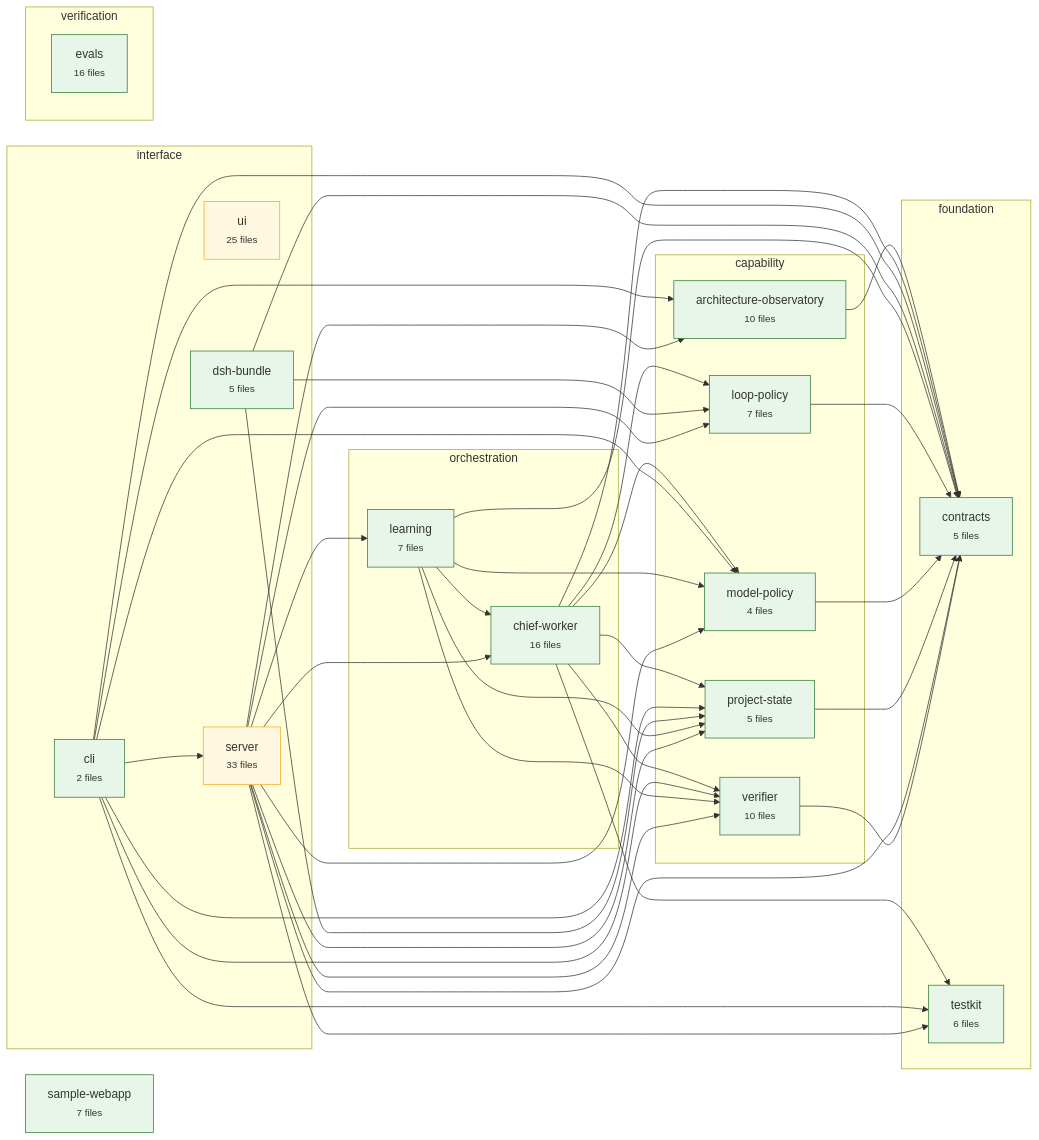
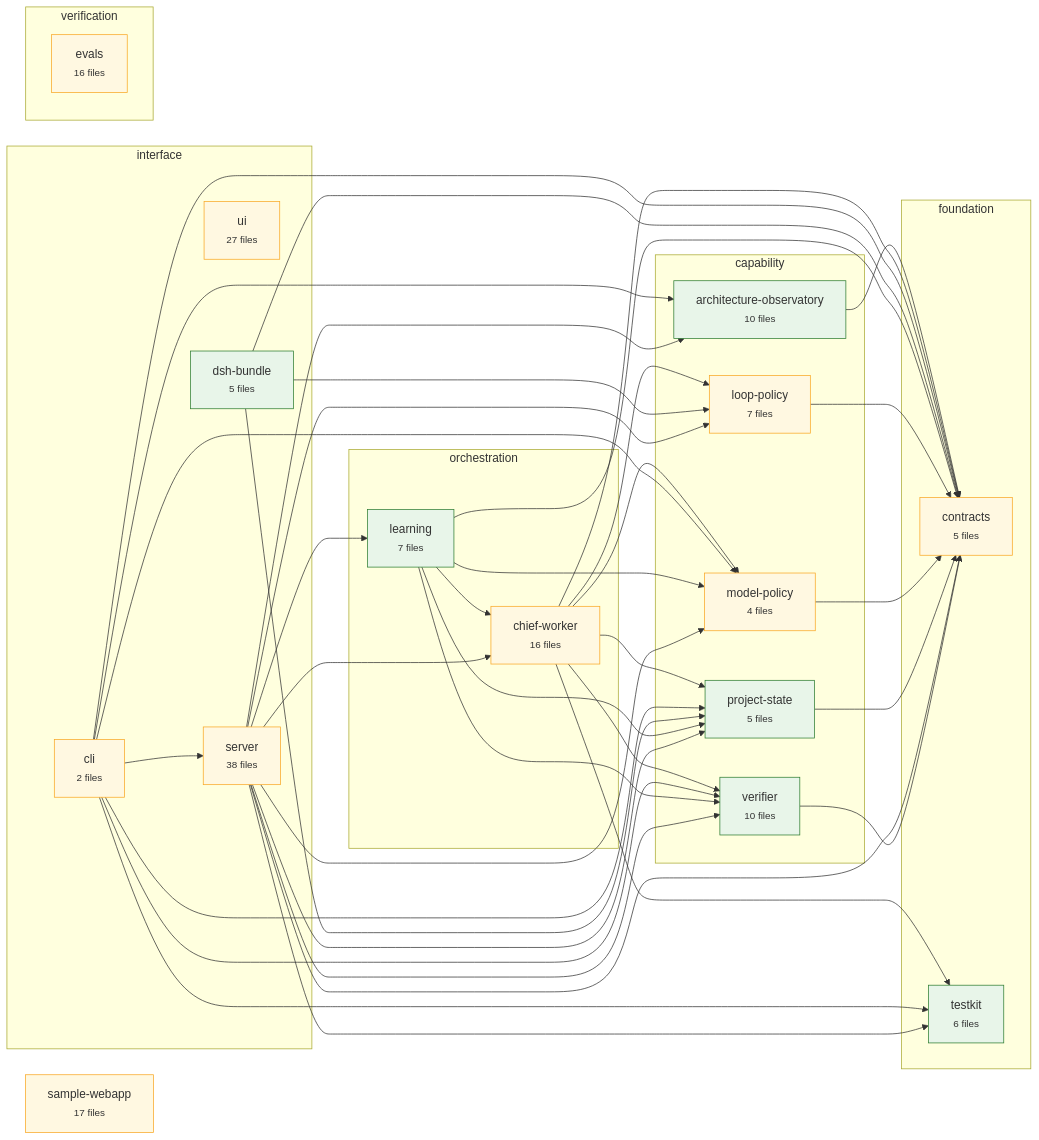
One commit to CharAzinabulu0079/dgx-super-agent changed the diagram in .architecture/graph.mmd. Above: the diagram before and after it, drawn with Mermaid. The commit also changed 45 other files, not shown here.

```diff
--- a/.architecture/graph.mmd
+++ b/.architecture/graph.mmd
@@ -1,81 +1,81 @@
 flowchart LR
   subgraph layer_foundation["foundation"]
     contracts["contracts<br/><small>5 files</small>"]
     testkit["testkit<br/><small>6 files</small>"]
   end
   subgraph layer_capability["capability"]
     project_state["project-state<br/><small>5 files</small>"]
     verifier["verifier<br/><small>10 files</small>"]
     loop_policy["loop-policy<br/><small>7 files</small>"]
     model_policy["model-policy<br/><small>4 files</small>"]
     architecture_observatory["architecture-observatory<br/><small>10 files</small>"]
   end
   subgraph layer_orchestration["orchestration"]
     learning["learning<br/><small>7 files</small>"]
     chief_worker["chief-worker<br/><small>16 files</small>"]
   end
   subgraph layer_interface["interface"]
-    server["server<br/><small>33 files</small>"]
+    server["server<br/><small>38 files</small>"]
     cli["cli<br/><small>2 files</small>"]
-    ui["ui<br/><small>25 files</small>"]
+    ui["ui<br/><small>27 files</small>"]
     dsh_bundle["dsh-bundle<br/><small>5 files</small>"]
   end
   subgraph layer_verification["verification"]
     evals["evals<br/><small>16 files</small>"]
   end
-  sample_webapp["sample-webapp<br/><small>7 files</small>"]
+  sample_webapp["sample-webapp<br/><small>17 files</small>"]
   architecture_observatory --> contracts
   chief_worker --> contracts
   chief_worker --> loop_policy
   chief_worker --> model_policy
   chief_worker --> project_state
   chief_worker --> testkit
   chief_worker --> verifier
   cli --> architecture_observatory
   cli --> contracts
   cli --> model_policy
   cli --> project_state
   cli --> server
   cli --> testkit
   cli --> verifier
   dsh_bundle --> contracts
   dsh_bundle --> loop_policy
   dsh_bundle --> project_state
   learning --> chief_worker
   learning --> contracts
   learning --> model_policy
   learning --> project_state
   learning --> verifier
   loop_policy --> contracts
   model_policy --> contracts
   project_state --> contracts
   server --> architecture_observatory
   server --> chief_worker
   server --> contracts
   server --> learning
   server --> loop_policy
   server --> model_policy
   server --> project_state
   server --> testkit
   server --> verifier
   verifier --> contracts
   classDef stable fill:#e8f5e9,stroke:#2e7d32
   classDef changing fill:#fff8e1,stroke:#f9a825
   classDef worker_active fill:#e3f2fd,stroke:#1565c0
   classDef gate_failed fill:#ffebee,stroke:#c62828
   classDef protected stroke:#6a1b9a,stroke-width:3px
-  class contracts stable
+  class contracts changing
   class testkit stable
   class project_state stable
   class verifier stable
-  class loop_policy stable
-  class model_policy stable
+  class loop_policy changing
+  class model_policy changing
   class architecture_observatory stable
   class learning stable
-  class chief_worker stable
+  class chief_worker changing
   class server changing
-  class cli stable
+  class cli changing
   class ui changing
   class dsh_bundle stable
-  class evals stable
-  class sample_webapp stable
+  class evals changing
+  class sample_webapp changing
```
